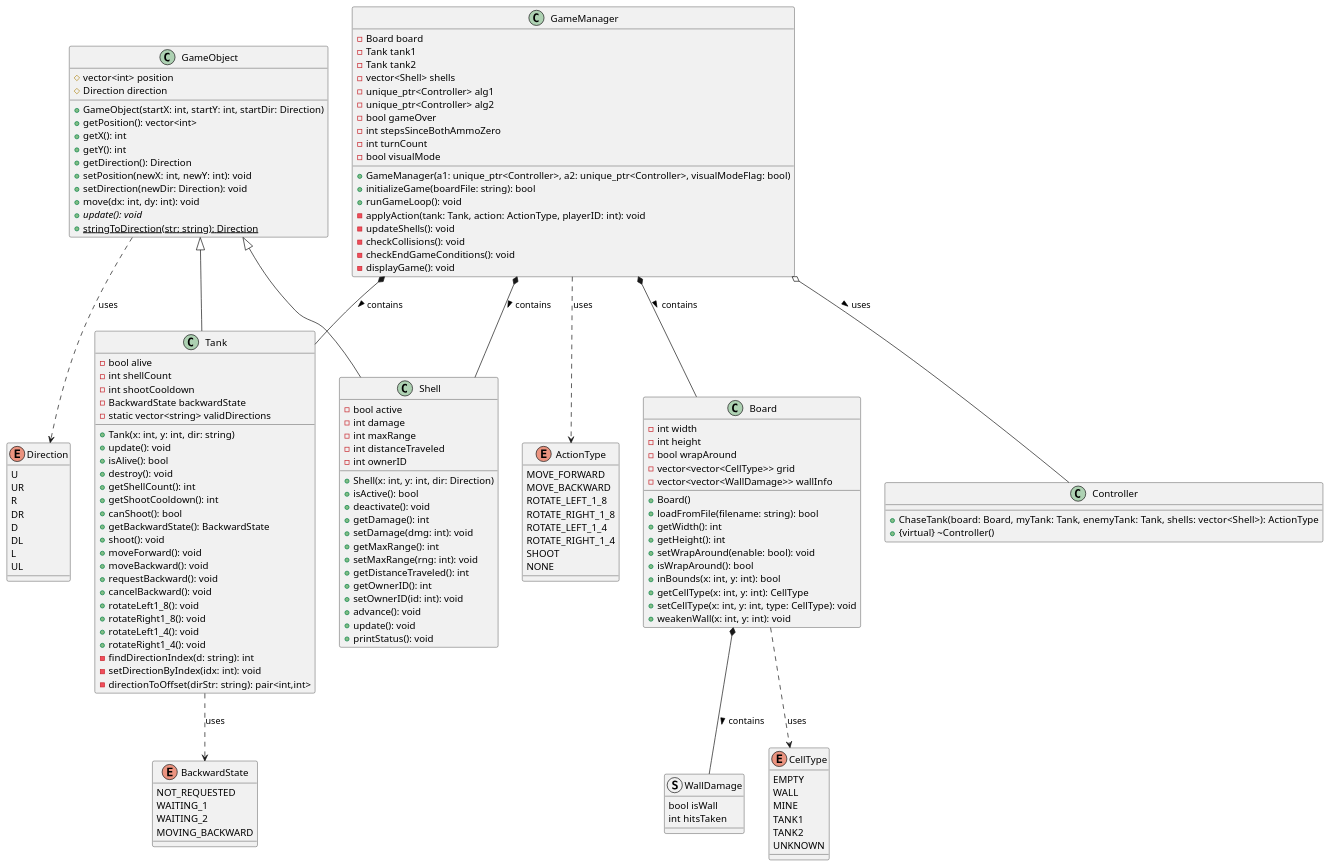
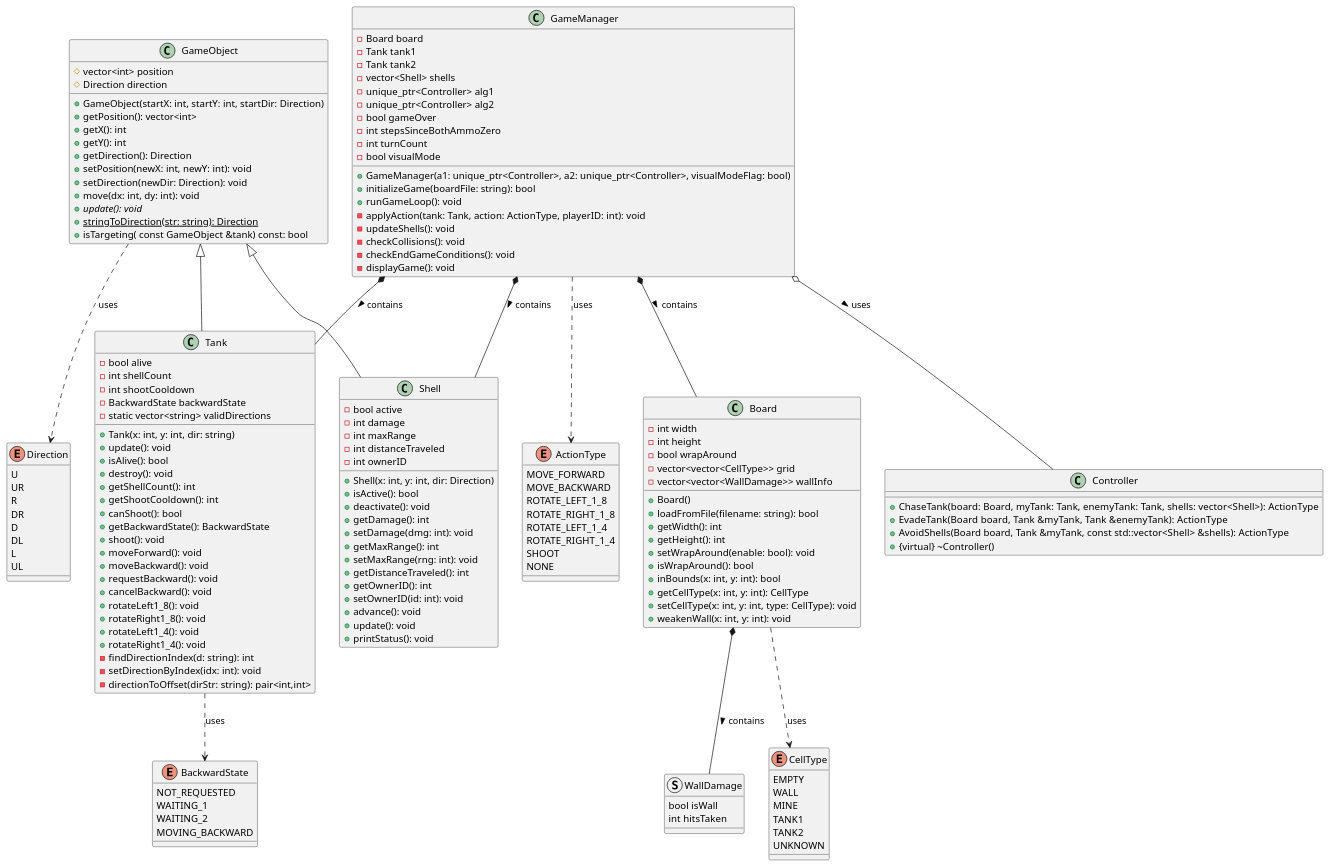
The diagram in Project1/doc/class_diagram.puml (gshachar12/Advanced-Concepts-in-Programming), drawn with PlantUML before and after one commit. The commit also changed 28 other files, not shown here.

```diff
--- a/Project1/doc/class_diagram.puml
+++ b/Project1/doc/class_diagram.puml
@@ -1,180 +1,184 @@
 @startuml TankGameClassDiagram
 
 ' Enumerations
 enum Direction {
     U
     UR
     R
     DR
     D
     DL
     L
     UL
 }
 
 enum CellType {
     EMPTY
     WALL
     MINE
     TANK1
     TANK2
     UNKNOWN
 }
 
 enum ActionType {
     MOVE_FORWARD
     MOVE_BACKWARD
     ROTATE_LEFT_1_8
     ROTATE_RIGHT_1_8
     ROTATE_LEFT_1_4
     ROTATE_RIGHT_1_4
     SHOOT
     NONE
 }
 
 enum BackwardState {
     NOT_REQUESTED
     WAITING_1
     WAITING_2
     MOVING_BACKWARD
 }
 
 ' Base class
 class GameObject {
     # vector<int> position
     # Direction direction
     
     + GameObject(startX: int, startY: int, startDir: Direction)
     + getPosition(): vector<int>
     + getX(): int
     + getY(): int
     + getDirection(): Direction
     + setPosition(newX: int, newY: int): void
     + setDirection(newDir: Direction): void
     + move(dx: int, dy: int): void
     + {abstract} update(): void
     + {static} stringToDirection(str: string): Direction
+    + isTargeting( const GameObject &tank) const: bool
+
 }
 
 ' Tank class
 class Tank {
     - bool alive
     - int shellCount
     - int shootCooldown
     - BackwardState backwardState
     - static vector<string> validDirections
     
     + Tank(x: int, y: int, dir: string)
     + update(): void
     + isAlive(): bool
     + destroy(): void
     + getShellCount(): int
     + getShootCooldown(): int
     + canShoot(): bool
     + getBackwardState(): BackwardState
     + shoot(): void
     + moveForward(): void
     + moveBackward(): void
     + requestBackward(): void
     + cancelBackward(): void
     + rotateLeft1_8(): void
     + rotateRight1_8(): void
     + rotateLeft1_4(): void
     + rotateRight1_4(): void
     - findDirectionIndex(d: string): int
     - setDirectionByIndex(idx: int): void
     - directionToOffset(dirStr: string): pair<int,int>
 }
 
 ' Shell class
 class Shell {
     - bool active
     - int damage
     - int maxRange
     - int distanceTraveled
     - int ownerID
     
     + Shell(x: int, y: int, dir: Direction)
     + isActive(): bool
     + deactivate(): void
     + getDamage(): int
     + setDamage(dmg: int): void
     + getMaxRange(): int
     + setMaxRange(rng: int): void
     + getDistanceTraveled(): int
     + getOwnerID(): int
     + setOwnerID(id: int): void
     + advance(): void
     + update(): void
     + printStatus(): void
 }
 
 ' Board class
 class Board {
     - int width
     - int height
     - bool wrapAround
     - vector<vector<CellType>> grid
     - vector<vector<WallDamage>> wallInfo
     
     + Board()
     + loadFromFile(filename: string): bool
     + getWidth(): int
     + getHeight(): int
     + setWrapAround(enable: bool): void
     + isWrapAround(): bool
     + inBounds(x: int, y: int): bool
     + getCellType(x: int, y: int): CellType
     + setCellType(x: int, y: int, type: CellType): void
     + weakenWall(x: int, y: int): void
 }
 
 ' Controller class
 class Controller {
     + ChaseTank(board: Board, myTank: Tank, enemyTank: Tank, shells: vector<Shell>): ActionType
+    + EvadeTank(Board board, Tank &myTank, Tank &enemyTank): ActionType
+    + AvoidShells(Board board, Tank &myTank, const std::vector<Shell> &shells): ActionType
     + {virtual} ~Controller()
 }
 
 ' GameManager class
 class GameManager {
     - Board board
     - Tank tank1
     - Tank tank2
     - vector<Shell> shells
     - unique_ptr<Controller> alg1
     - unique_ptr<Controller> alg2
     - bool gameOver
     - int stepsSinceBothAmmoZero
     - int turnCount
     - bool visualMode
     
     + GameManager(a1: unique_ptr<Controller>, a2: unique_ptr<Controller>, visualModeFlag: bool)
     + initializeGame(boardFile: string): bool
     + runGameLoop(): void
     - applyAction(tank: Tank, action: ActionType, playerID: int): void
     - updateShells(): void
     - checkCollisions(): void
     - checkEndGameConditions(): void
     - displayGame(): void
 }
 
 ' Struct for wall damage tracking
 struct WallDamage {
     bool isWall
     int hitsTaken
 }
 
 ' Relationships
 GameObject <|-- Tank
 GameObject <|-- Shell
 GameManager *-- Tank : contains >
 GameManager *-- Board : contains >
 GameManager *-- Shell : contains >
 GameManager o-- Controller : uses >
 GameManager ..> ActionType : uses
 Tank ..> BackwardState : uses
 Board ..> CellType : uses
 Board *-- WallDamage : contains >
 GameObject ..> Direction : uses
 
 @enduml
```
